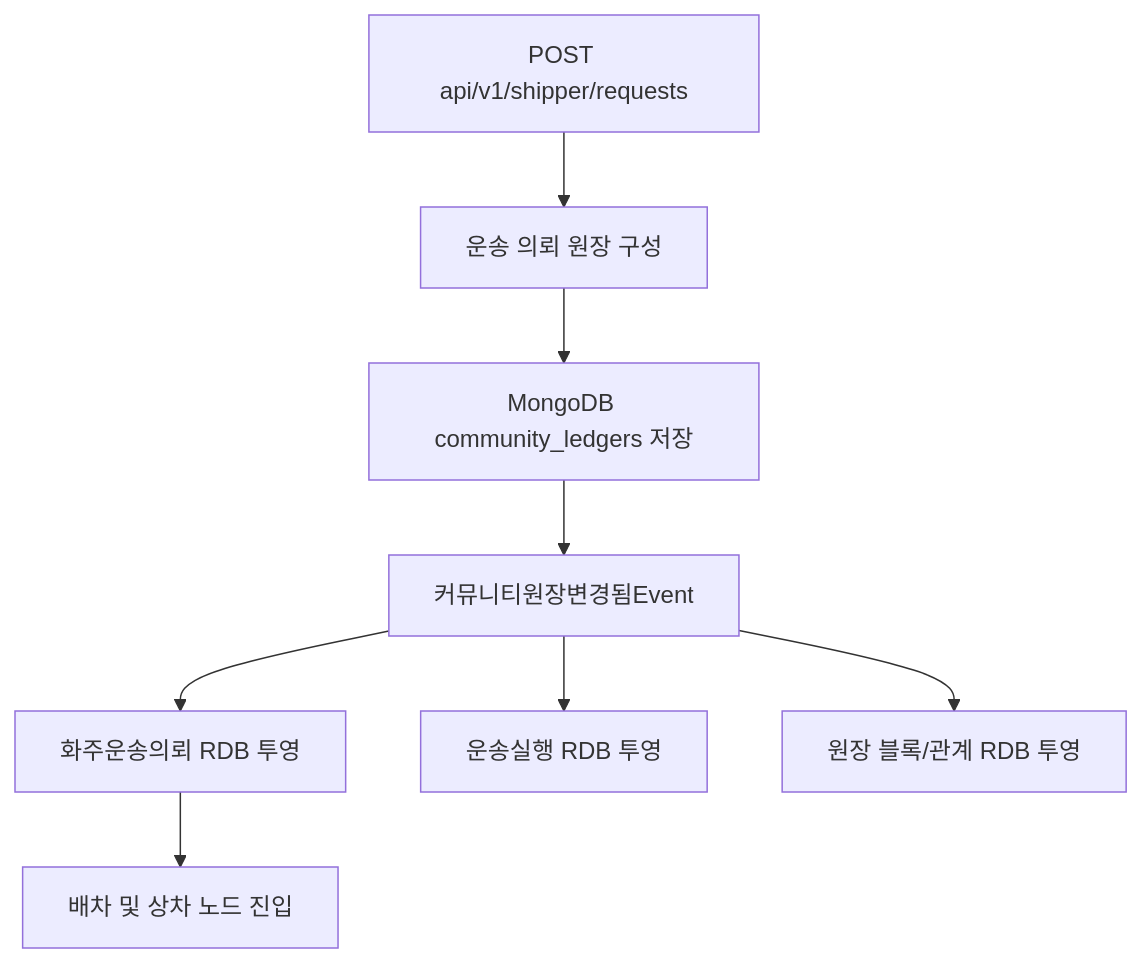
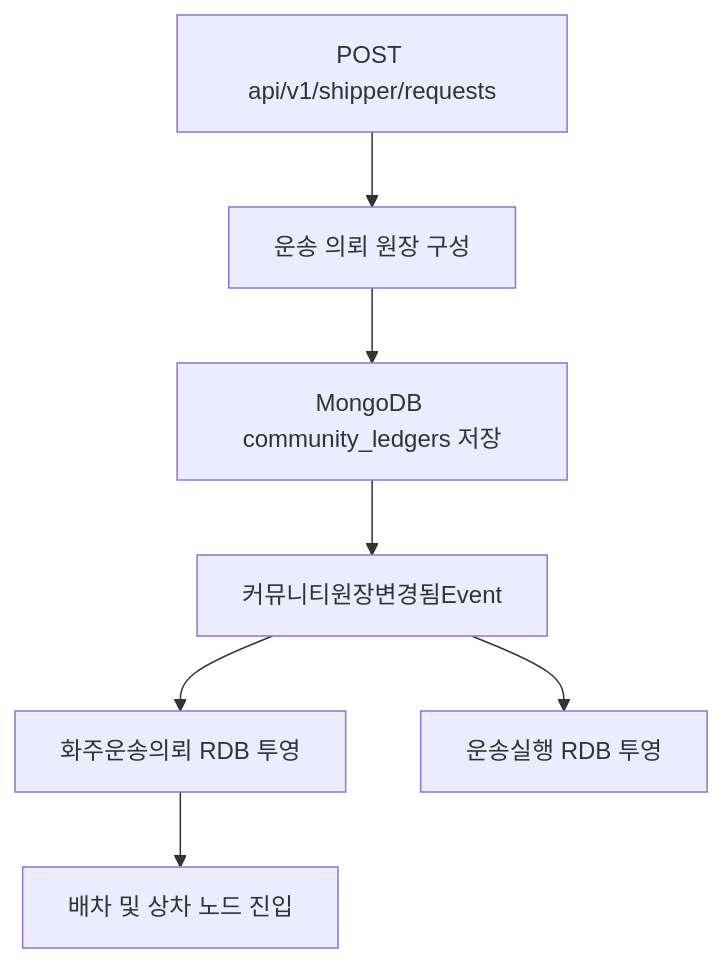
Before and after one commit to cheolwo/hongdal: the diagram in docs/Architecture/TransportRequestNodeVerticalSlice.md, drawn with Mermaid. The commit also changed other lines of this file and 4 other files, not shown here.

````diff
--- a/docs/Architecture/TransportRequestNodeVerticalSlice.md
+++ b/docs/Architecture/TransportRequestNodeVerticalSlice.md
@@ -10,10 +10,9 @@
 ```mermaid
 flowchart TD
     A["POST api/v1/shipper/requests"] --> B["운송 의뢰 원장 구성"]
     B --> C["MongoDB community_ledgers 저장"]
     C --> D["커뮤니티원장변경됨Event"]
     D --> E["화주운송의뢰 RDB 투영"]
     D --> F["운송실행 RDB 투영"]
-    D --> G["원장 블록/관계 RDB 투영"]
     E --> H["배차 및 상차 노드 진입"]
 ```
````
